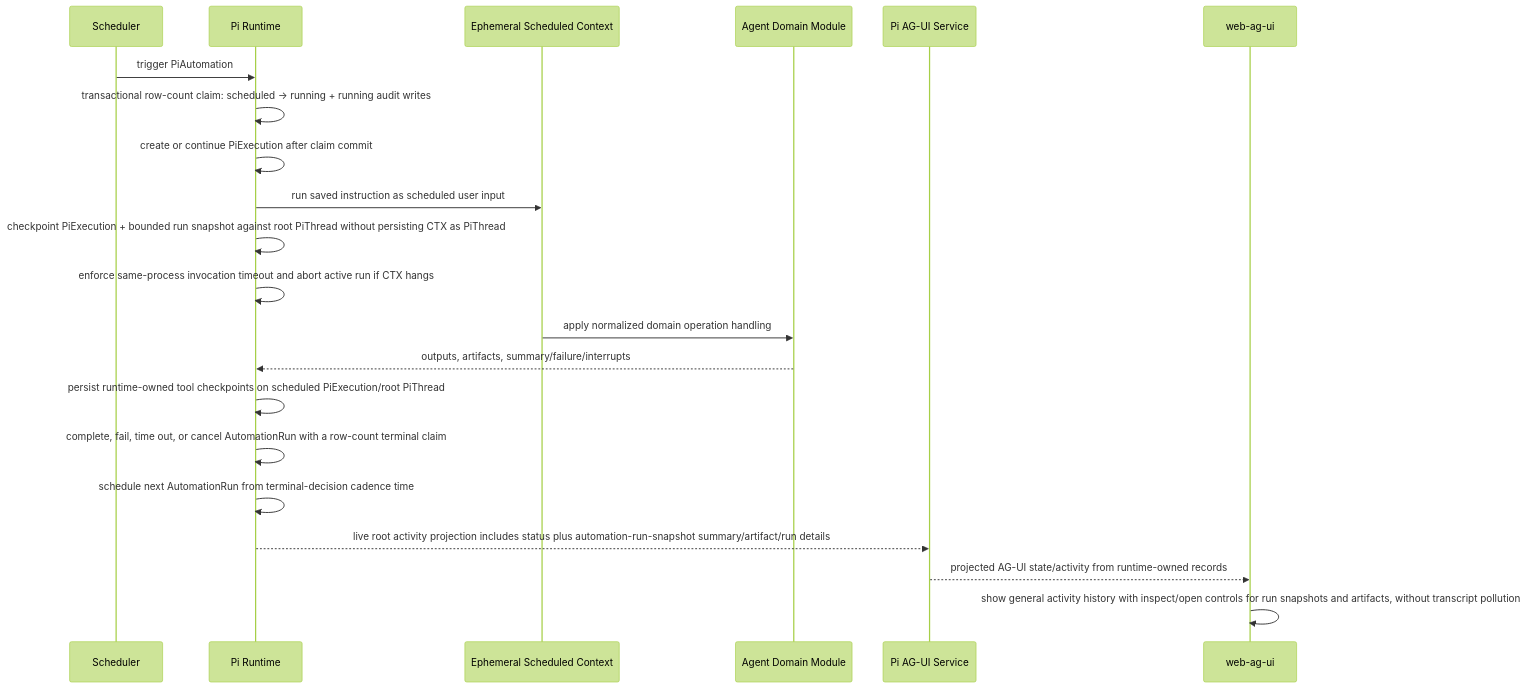
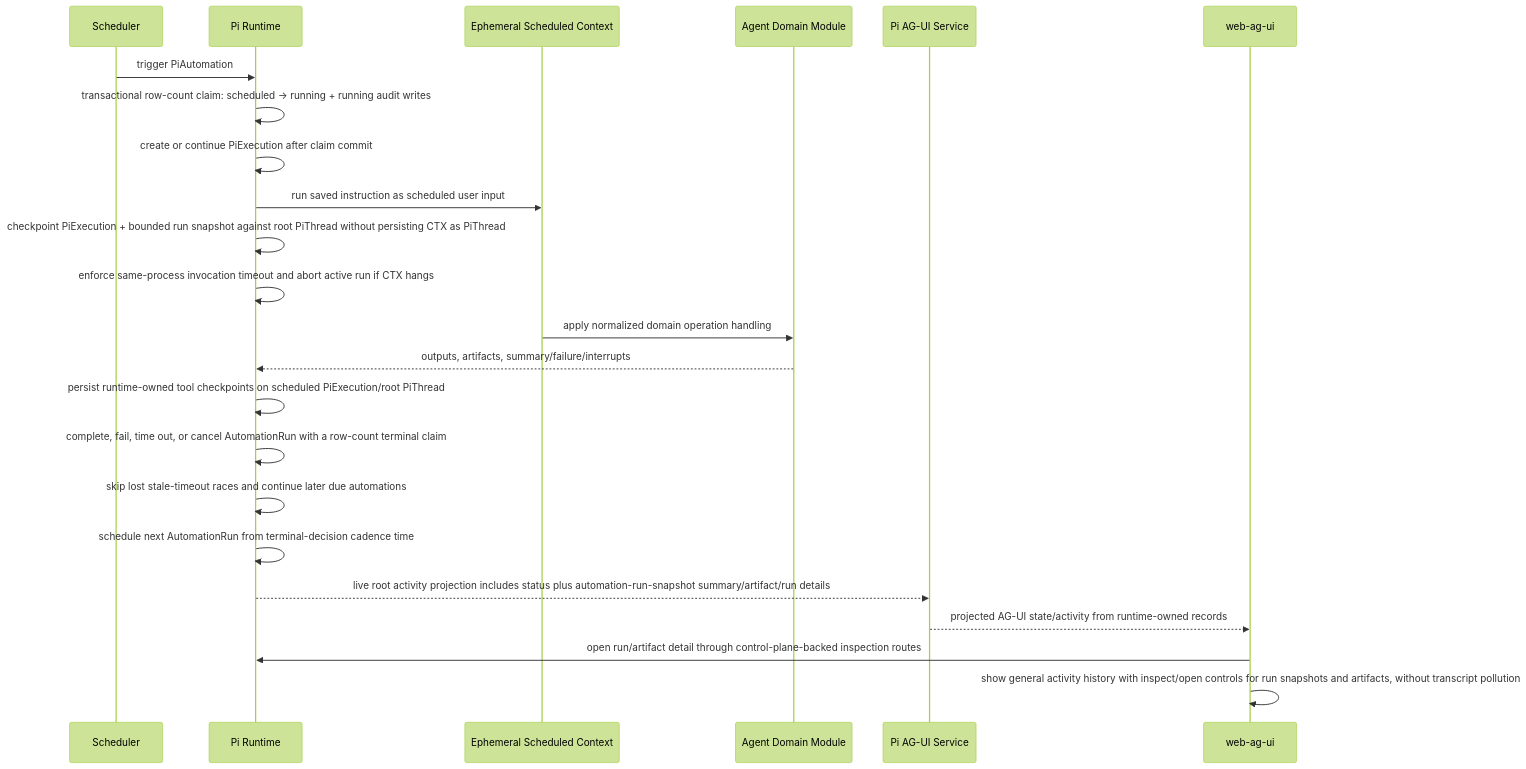
Before and after one commit to EmberAGI/arbitrum-vibekit: the sixth of 7 diagrams in typescript/clients/web-ag-ui/docs/c4-pi-runtime-architecture-and-boundaries.md, drawn with Mermaid (forest theme). The commit also changed 11 other files, not shown here.

````diff
--- a/typescript/clients/web-ag-ui/docs/c4-pi-runtime-architecture-and-boundaries.md
+++ b/typescript/clients/web-ag-ui/docs/c4-pi-runtime-architecture-and-boundaries.md
@@ -339,24 +339,26 @@
 ```mermaid
 sequenceDiagram
   participant SCH as Scheduler
   participant RT as Pi Runtime
   participant CTX as Ephemeral Scheduled Context
   participant DM as Agent Domain Module
   participant AG as Pi AG-UI Service
   participant Web as web-ag-ui
 
   SCH->>RT: trigger PiAutomation
   RT->>RT: transactional row-count claim: scheduled -> running + running audit writes
   RT->>RT: create or continue PiExecution after claim commit
   RT->>CTX: run saved instruction as scheduled user input
   RT->>RT: checkpoint PiExecution + bounded run snapshot against root PiThread without persisting CTX as PiThread
   RT->>RT: enforce same-process invocation timeout and abort active run if CTX hangs
   CTX->>DM: apply normalized domain operation handling
   DM-->>RT: outputs, artifacts, summary/failure/interrupts
   RT->>RT: persist runtime-owned tool checkpoints on scheduled PiExecution/root PiThread
   RT->>RT: complete, fail, time out, or cancel AutomationRun with a row-count terminal claim
+  RT->>RT: skip lost stale-timeout races and continue later due automations
   RT->>RT: schedule next AutomationRun from terminal-decision cadence time
   RT-->>AG: live root activity projection includes status plus automation-run-snapshot summary/artifact/run details
   AG-->>Web: projected AG-UI state/activity from runtime-owned records
+  Web->>RT: open run/artifact detail through control-plane-backed inspection routes
   Web->>Web: show general activity history with inspect/open controls for run snapshots and artifacts, without transcript pollution
 ```
````
